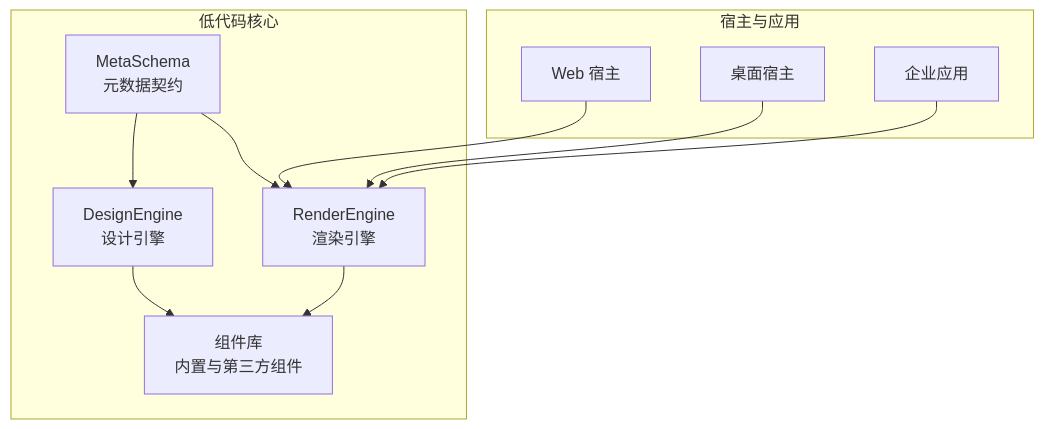
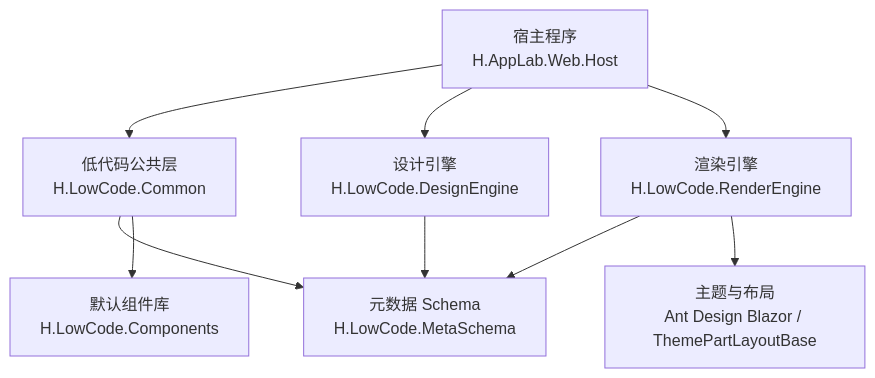
Before and after one commit to openlowcodelab/lowcode: the first of 10 diagrams in .qoder/repowiki/zh/content/低代码平台/低代码平台.md, drawn with Mermaid. The commit also changed other lines of this file and 223 other files, not shown here.

````diff
--- a/.qoder/repowiki/zh/content/低代码平台/低代码平台.md
+++ b/.qoder/repowiki/zh/content/低代码平台/低代码平台.md
@@ -51,23 +73,11 @@
 ```mermaid
 graph TB
-    subgraph "低代码核心"
-        Meta["MetaSchema<br/>元数据契约"]
-        Design["DesignEngine<br/>设计引擎"]
-        Render["RenderEngine<br/>渲染引擎"]
-        Components["组件库<br/>内置与第三方组件"]
-    end
-
-    subgraph "宿主与应用"
-        WebHost["Web 宿主"]
-        DesktopHost["桌面宿主"]
-        BusinessApps["企业应用"]
-    end
-
-    Meta --> Design
-    Meta --> Render
-    Design --> Components
-    Render --> Components
-    WebHost --> Render
-    DesktopHost --> Render
-    BusinessApps --> Render
+    Host["宿主程序<br/>H.AppLab.Web.Host"] --> LowCodeCommon["低代码公共层<br/>H.LowCode.Common"]
+    Host --> DesignEngine["设计引擎<br/>H.LowCode.DesignEngine"]
+    Host --> RenderEngine["渲染引擎<br/>H.LowCode.RenderEngine"]
+    LowCodeCommon --> MetaSchema["元数据 Schema<br/>H.LowCode.MetaSchema"]
+    LowCodeCommon --> Components["默认组件库<br/>H.LowCode.Components"]
+    DesignEngine --> MetaSchema
+    RenderEngine --> MetaSchema
+    RenderEngine --> Theme["主题与布局<br/>Ant Design Blazor / ThemePartLayoutBase"]
 ```
````
